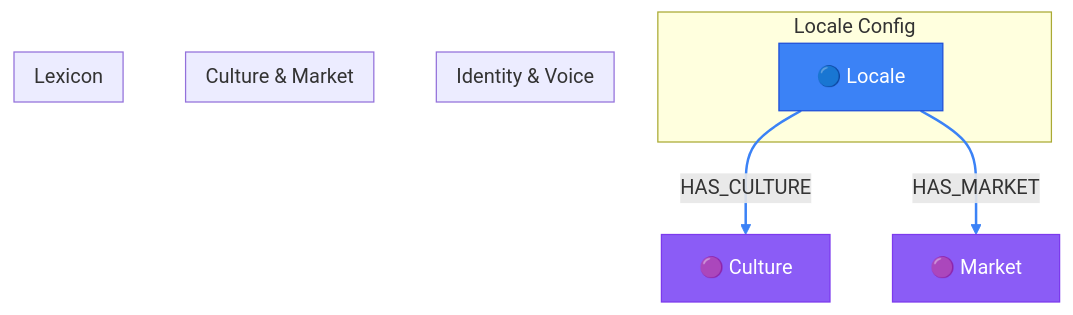
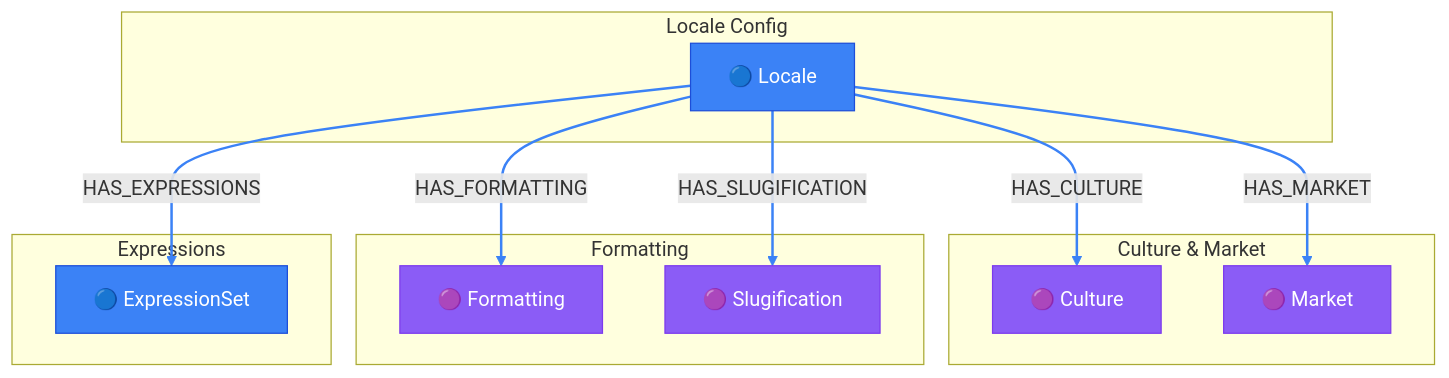
Before and after one commit to supernovae-st/novanet: the diagram in packages/core/models/docs/locale-full-knowledge.md, drawn with Mermaid. The commit also changed other lines of this file and 17 other files, not shown here.

````diff
--- a/packages/core/models/docs/locale-full-knowledge.md
+++ b/packages/core/models/docs/locale-full-knowledge.md
@@ -30,41 +30,48 @@
 ```mermaid
 flowchart TB
-  %% View: Locale Full Knowledge (locale-full-knowledge)
-  %% 3 nodes, 2 arcs
+  %% View: Complete locale knowledge (locale-full-knowledge)
+  %% 6 nodes, 5 arcs
 
   %% Trait styling (node_trait)
-  classDef invariant fill:#3b82f6,stroke:#1d4ed8,color:#fff
-  classDef localized fill:#22c55e,stroke:#16a34a,color:#fff
-  classDef knowledge fill:#8b5cf6,stroke:#7c3aed,color:#fff
-  classDef derived fill:#9ca3af,stroke:#6b7280,color:#fff
-  classDef job fill:#6b7280,stroke:#4b5563,color:#fff
+  classDef defined fill:#3b82f6,stroke:#1d4ed8,color:#fff
+  classDef authored fill:#22c55e,stroke:#16a34a,color:#fff
+  classDef imported fill:#8b5cf6,stroke:#7c3aed,color:#fff
+  classDef generated fill:#b58900,stroke:#996f00,color:#fff
+  classDef retrieved fill:#6c71c4,stroke:#5761b3,color:#fff
 
   subgraph LOCALE_CONFIG["Locale Config"]
     Locale["🔵 Locale"]
   end
 
-  subgraph IDENTITY___VOICE["Identity & Voice"]
+  subgraph CULTURE___MARKET["Culture & Market"]
+    Culture["🟣 Culture"]
+    Market["🟣 Market"]
   end
 
-  subgraph CULTURE___MARKET["Culture & Market"]
+  subgraph FORMATTING["Formatting"]
+    Formatting["🟣 Formatting"]
+    Slugification["🟣 Slugification"]
   end
 
-  subgraph LEXICON["Lexicon"]
+  subgraph EXPRESSIONS["Expressions"]
+    ExpressionSet["🔵 ExpressionSet"]
   end
-
-  %% Additional reachable nodes
-  Culture["🟣 Culture"]
-  Market["🟣 Market"]
 
   %% Relationships (styled by arc family)
   Locale -->|HAS_CULTURE| Culture
+  Locale -->|HAS_EXPRESSIONS| ExpressionSet
+  Locale -->|HAS_FORMATTING| Formatting
   Locale -->|HAS_MARKET| Market
+  Locale -->|HAS_SLUGIFICATION| Slugification
 
   %% Arc colors by family
-  linkStyle 0,1 stroke:#3b82f6,stroke-width:2px
+  linkStyle 0,1,2,3,4 stroke:#3b82f6,stroke-width:2px
 
   %% Class assignments
-  class Culture knowledge
-  class Locale invariant
-  class Market knowledge
+  class Culture imported
+  class ExpressionSet defined
+  class Formatting imported
+  class Locale defined
+  class Market imported
+  class Slugification imported
 ```
````
